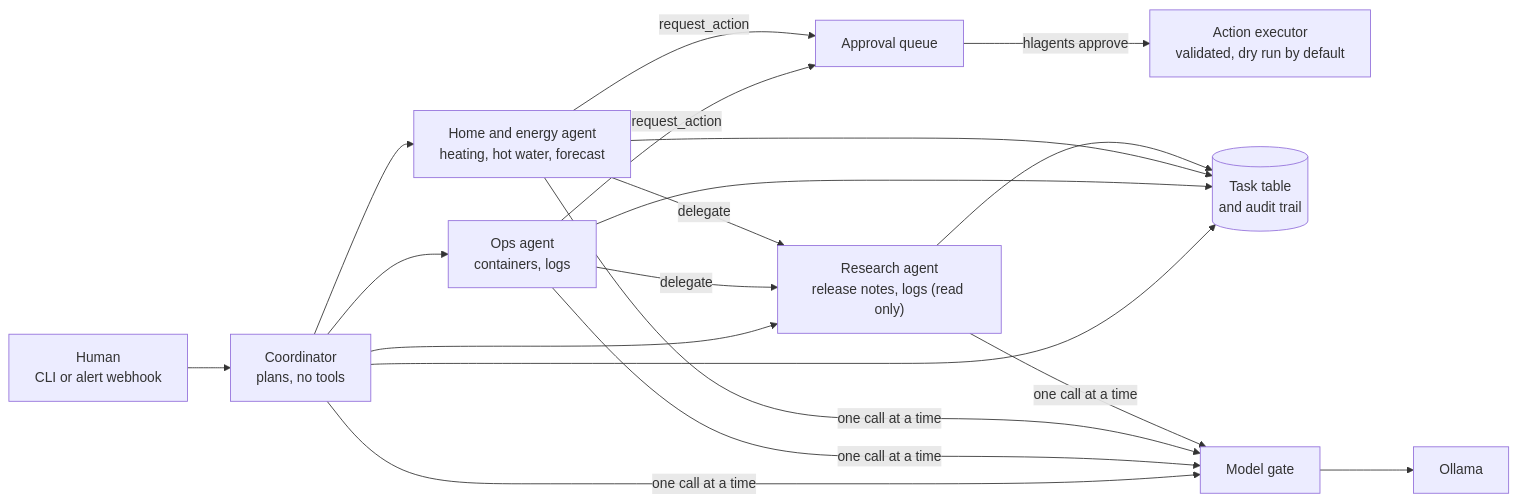
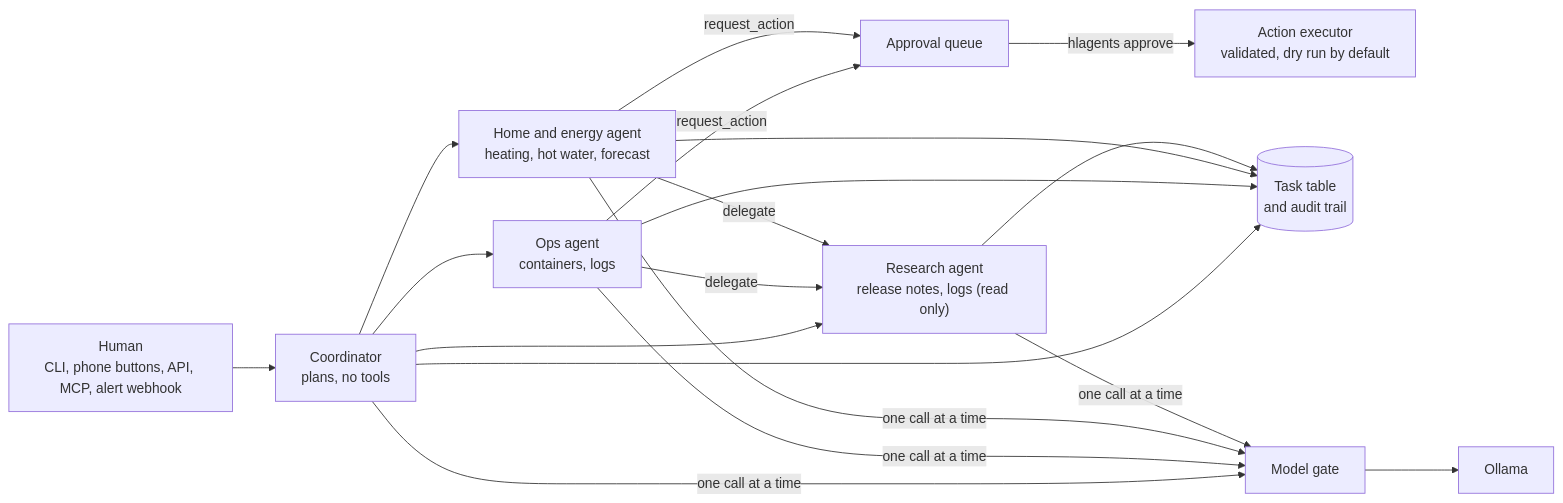
One commit to nishaero/homelab-multi-agent changed the diagram in README.md. Above: the diagram before and after it, drawn with Mermaid. The commit also changed other lines of this file and 18 other files, not shown here.

Commit message:
Add remote access: HTTP API, phone approval buttons, MCP server, CI

````diff
--- a/README.md
+++ b/README.md
@@ -11,13 +11,13 @@
 ```mermaid
 flowchart LR
-    H["Human<br/>CLI or alert webhook"] --> C["Coordinator<br/>plans, no tools"]
+    H["Human<br/>CLI, phone buttons, API, MCP, alert webhook"] --> C["Coordinator<br/>plans, no tools"]
     C --> O["Ops agent<br/>containers, logs"]
     C --> E["Home and energy agent<br/>heating, hot water, forecast"]
     C --> R["Research agent<br/>release notes, logs (read only)"]
     O -- "delegate" --> R
     E -- "delegate" --> R
     O & E -- "request_action" --> A["Approval queue"]
     A -- "hlagents approve" --> X["Action executor<br/>validated, dry run by default"]
     C & O & E & R --> S[("Task table<br/>and audit trail")]
     C & O & E & R -- "one call at a time" --> G["Model gate"] --> L["Ollama"]
 ```
````
